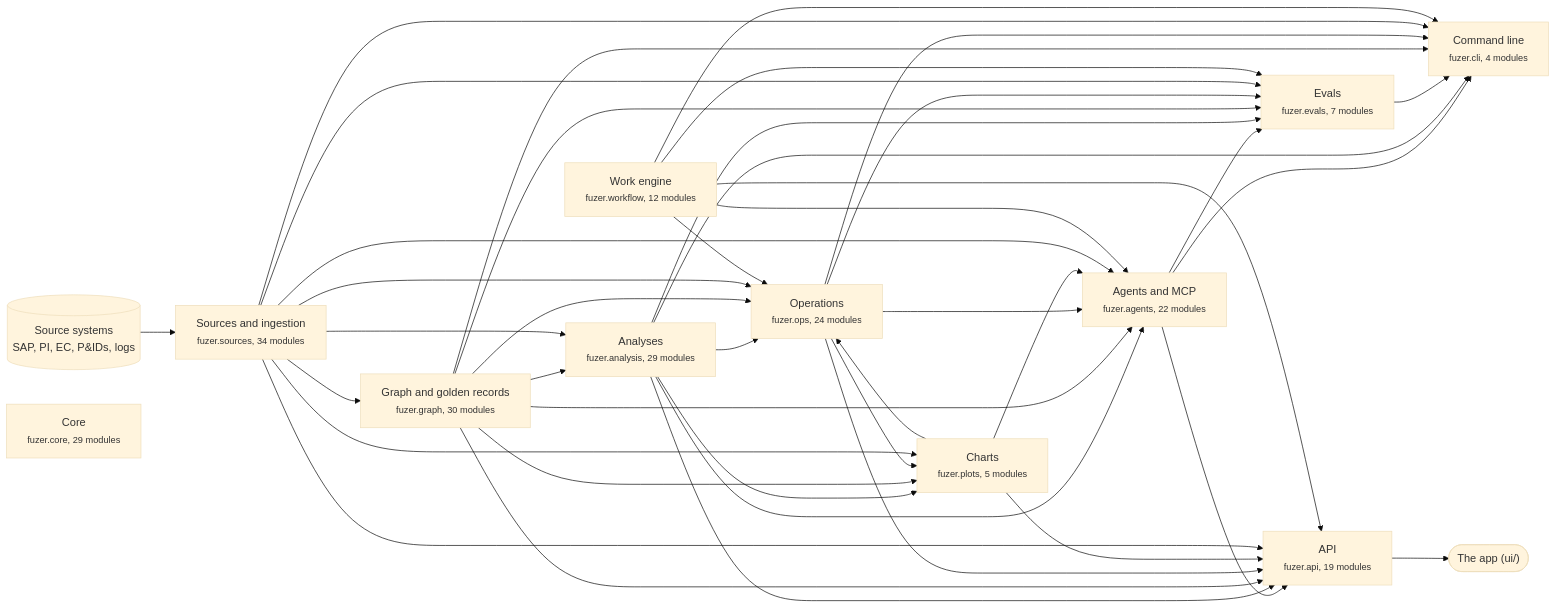
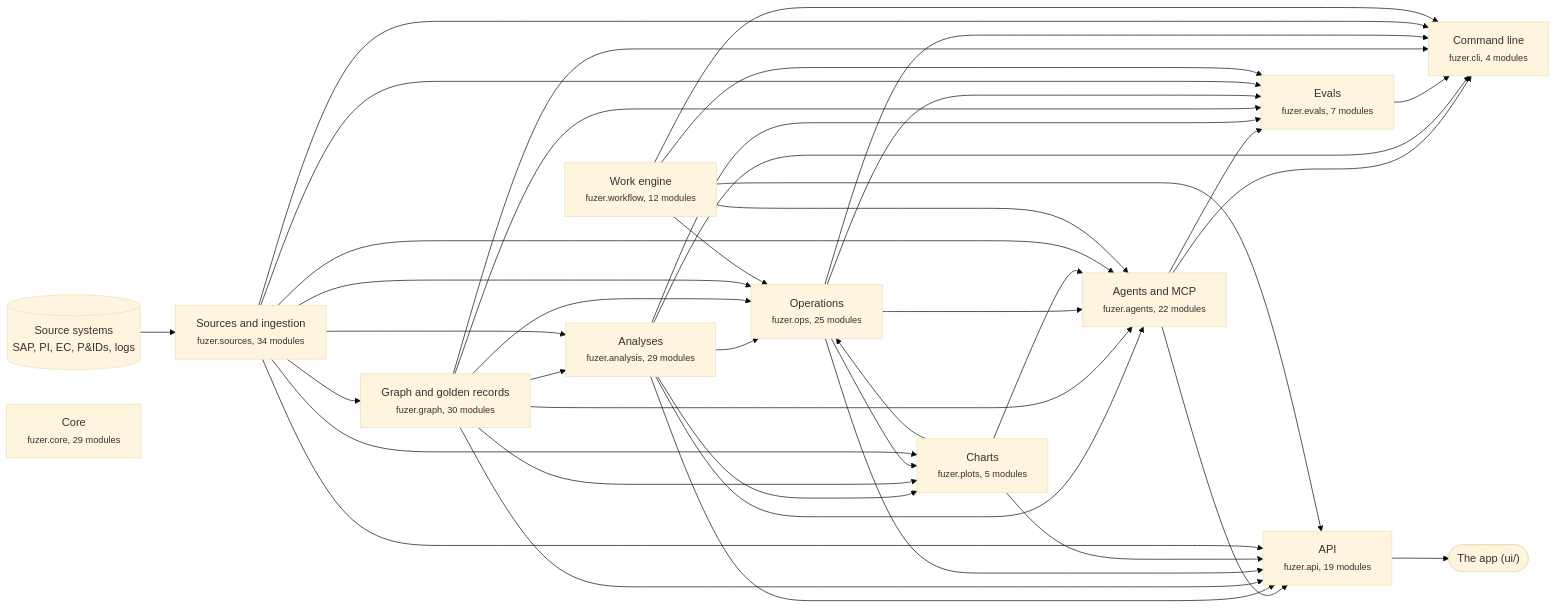
Before and after one commit to areed145/fuzer: the first of 3 diagrams in docs/architecture.md, drawn with Mermaid (base theme). The commit also changed other lines of this file and 12 other files, not shown here.

````diff
--- a/docs/architecture.md
+++ b/docs/architecture.md
@@ -8,66 +8,66 @@
 ```mermaid
 flowchart LR
   systems[("Source systems<br>SAP, PI, EC, P&IDs, logs")] --> c_sources
   app(["The app (ui/)"])
   c_api --> app
   c_sources["Sources and ingestion<br><small>fuzer.sources, 34 modules</small>"]
   c_graph["Graph and golden records<br><small>fuzer.graph, 30 modules</small>"]
   c_analysis["Analyses<br><small>fuzer.analysis, 29 modules</small>"]
-  c_ops["Operations<br><small>fuzer.ops, 24 modules</small>"]
+  c_ops["Operations<br><small>fuzer.ops, 25 modules</small>"]
   c_plots["Charts<br><small>fuzer.plots, 5 modules</small>"]
   c_workflow["Work engine<br><small>fuzer.workflow, 12 modules</small>"]
   c_agents["Agents and MCP<br><small>fuzer.agents, 22 modules</small>"]
   c_evals["Evals<br><small>fuzer.evals, 7 modules</small>"]
   c_api["API<br><small>fuzer.api, 19 modules</small>"]
   c_cli["Command line<br><small>fuzer.cli, 4 modules</small>"]
   c_core["Core<br><small>fuzer.core, 29 modules</small>"]
   c_sources --> c_graph
   c_graph --> c_analysis
   c_sources --> c_analysis
   c_analysis --> c_ops
   c_graph --> c_ops
   c_plots --> c_ops
   c_sources --> c_ops
   c_workflow --> c_ops
   c_analysis --> c_plots
   c_graph --> c_plots
   c_ops --> c_plots
   c_sources --> c_plots
   c_analysis --> c_agents
   c_graph --> c_agents
   c_ops --> c_agents
   c_plots --> c_agents
   c_sources --> c_agents
   c_workflow --> c_agents
   c_agents --> c_evals
   c_analysis --> c_evals
   c_graph --> c_evals
   c_ops --> c_evals
   c_sources --> c_evals
   c_workflow --> c_evals
   c_agents --> c_api
   c_analysis --> c_api
   c_graph --> c_api
   c_ops --> c_api
   c_plots --> c_api
   c_sources --> c_api
   c_workflow --> c_api
   c_agents --> c_cli
   c_analysis --> c_cli
   c_evals --> c_cli
   c_graph --> c_cli
   c_ops --> c_cli
   c_sources --> c_cli
   c_workflow --> c_cli
   click c_sources "https://github.com/areed145/fuzer/tree/main/src/fuzer/sources"
   click c_graph "https://github.com/areed145/fuzer/tree/main/src/fuzer/graph"
   click c_analysis "https://github.com/areed145/fuzer/tree/main/src/fuzer/analysis"
   click c_ops "https://github.com/areed145/fuzer/tree/main/src/fuzer/ops"
   click c_plots "https://github.com/areed145/fuzer/tree/main/src/fuzer/plots"
   click c_workflow "https://github.com/areed145/fuzer/tree/main/src/fuzer/workflow"
   click c_agents "https://github.com/areed145/fuzer/tree/main/src/fuzer/agents"
   click c_evals "https://github.com/areed145/fuzer/tree/main/src/fuzer/evals"
   click c_api "https://github.com/areed145/fuzer/tree/main/src/fuzer/api"
   click c_cli "https://github.com/areed145/fuzer/tree/main/src/fuzer/cli"
   click c_core "https://github.com/areed145/fuzer/tree/main/src/fuzer/core"
 ```
````
